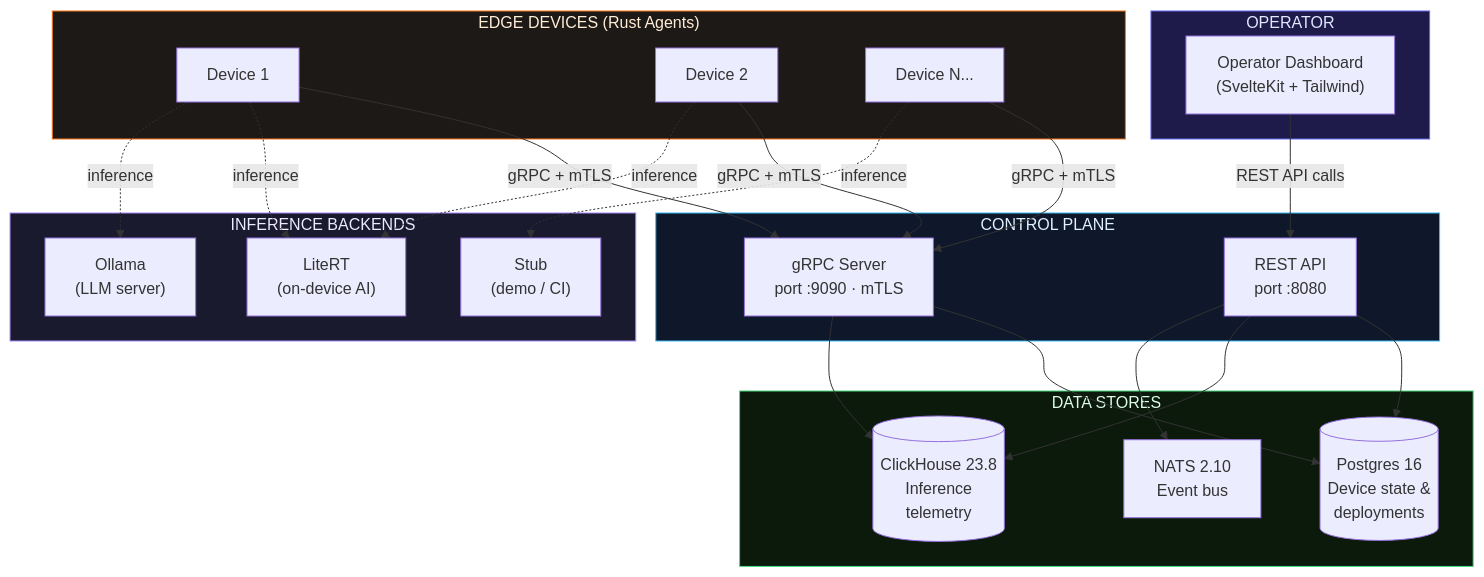
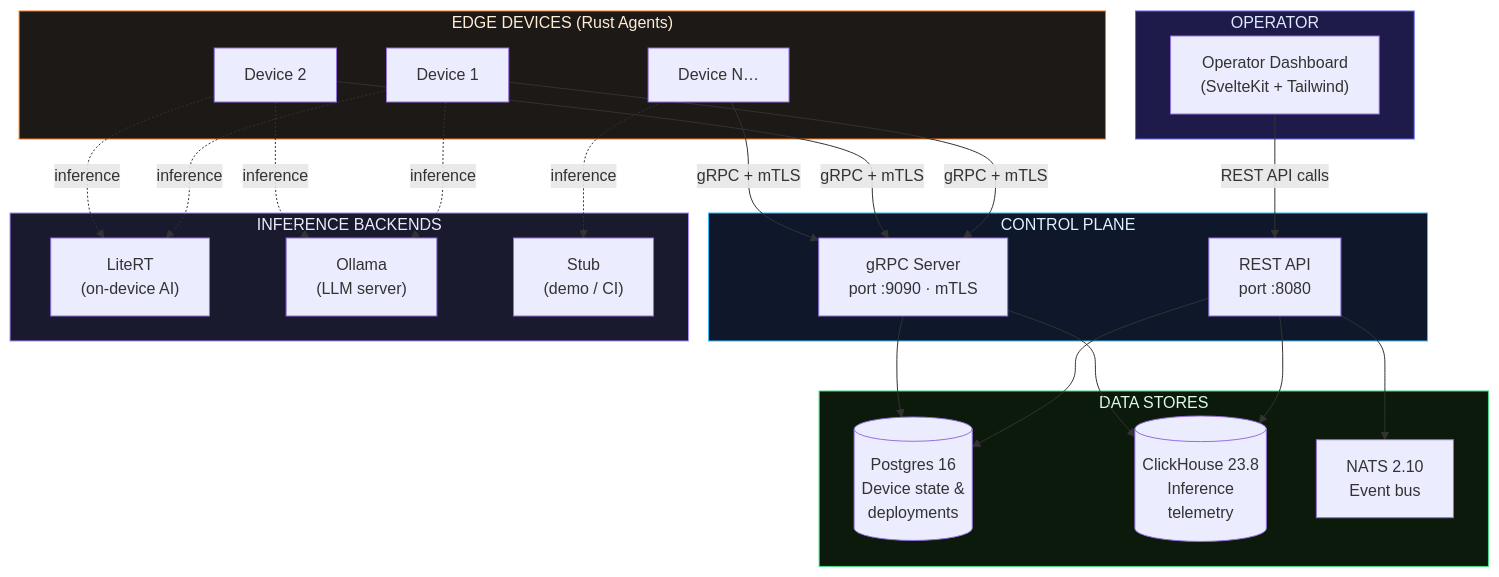
One commit to madosh/EDGE-LLM changed the first of 2 diagrams in README.md. Above: the diagram before and after it, drawn with Mermaid. The commit also changed other lines of this file, not shown here.

Commit message:
DAGS UPDATE

````diff
--- a/README.md
+++ b/README.md
@@ -13,58 +13,59 @@
 ```mermaid
 flowchart TB
     %% ─── Top Layer: Operator ───
     subgraph OPERATOR["OPERATOR"]
         UI["Operator Dashboard\n(SvelteKit + Tailwind)"]
     end
 
     %% ─── Middle Layer: Control Plane ───
     subgraph CLOUD["CONTROL PLANE"]
         API["REST API\nport :8080"]
         GRPC["gRPC Server\nport :9090 · mTLS"]
     end
 
     %% ─── Data Stores ───
     subgraph STORES["DATA STORES"]
         PG[("Postgres 16\nDevice state &\ndeployments")]
         CH[("ClickHouse 23.8\nInference\ntelemetry")]
         NATS["NATS 2.10\nEvent bus"]
     end
 
     %% ─── Bottom Layer: Edge Devices ───
     subgraph EDGE["EDGE DEVICES (Rust Agents)"]
         D1["Device 1"]
         D2["Device 2"]
-        D3["Device N..."]
+        DN["Device N…"]
     end
 
     %% ─── Inference Runtimes ───
     subgraph RUNTIME["INFERENCE BACKENDS"]
         LR["LiteRT\n(on-device AI)"]
         OL["Ollama\n(LLM server)"]
         ST["Stub\n(demo / CI)"]
     end
 
     %% ─── Connections ───
     UI -->|"REST API calls"| API
     API --> PG
     API --> CH
     API --> NATS
     GRPC --> PG
     GRPC --> CH
 
     D1 -->|"gRPC + mTLS"| GRPC
     D2 -->|"gRPC + mTLS"| GRPC
-    D3 -->|"gRPC + mTLS"| GRPC
+    DN -->|"gRPC + mTLS"| GRPC
 
     D1 -.->|"inference"| LR
     D1 -.->|"inference"| OL
     D2 -.->|"inference"| LR
-    D3 -.->|"inference"| ST
+    D2 -.->|"inference"| OL
+    DN -.->|"inference"| ST
 
     %% ─── Styling ───
     style OPERATOR fill:#1e1b4b,stroke:#6366f1,color:#e0e7ff
     style CLOUD fill:#0f172a,stroke:#38bdf8,color:#e0f2fe
     style STORES fill:#0c1a0c,stroke:#4ade80,color:#dcfce7
     style EDGE fill:#1c1917,stroke:#f97316,color:#ffedd5
     style RUNTIME fill:#1a1a2e,stroke:#a78bfa,color:#ede9fe
 ```
````
